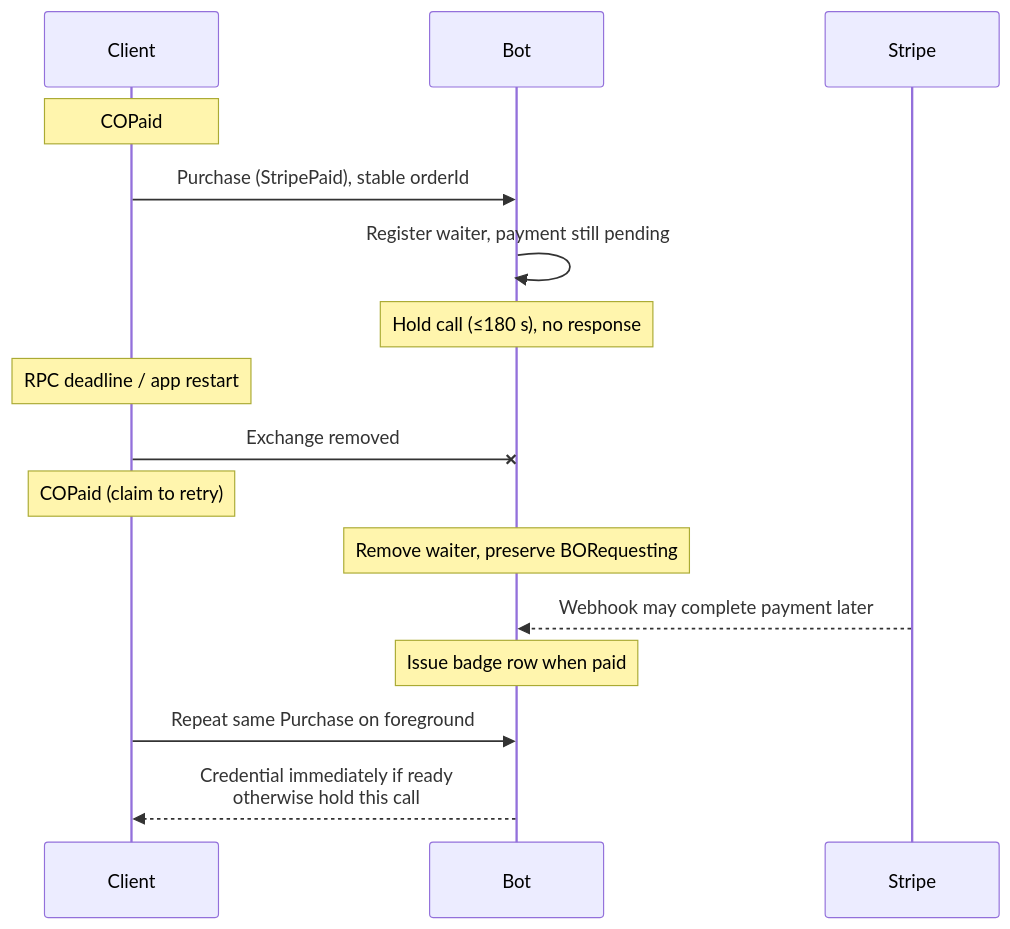
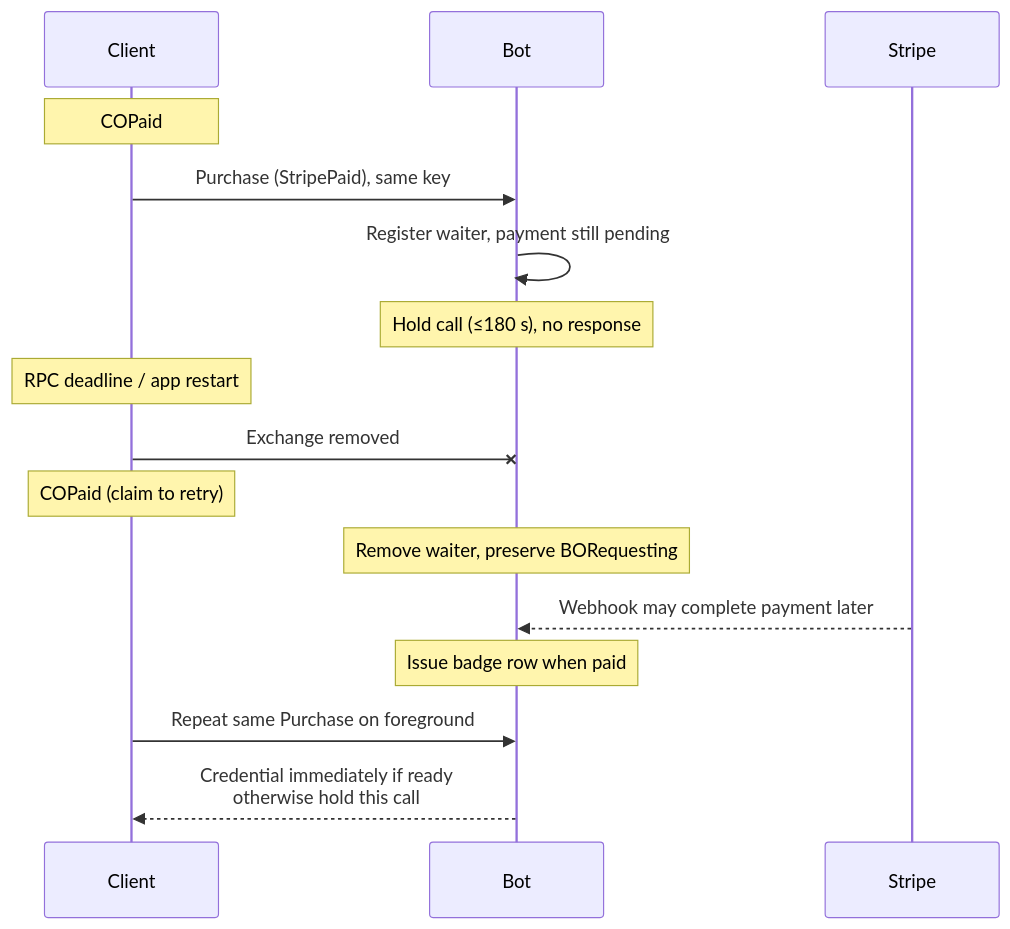
The eighth of 9 diagrams in plans/2026-07-20-supporter-badges-v2-implementation.md (simplex-chat/simplex-chat), drawn with Mermaid before and after one commit. The commit also changed other lines of this file and 2 other files, not shown here.

First line of the commit message:
docs: identify orders by order key, drop orderId

````diff
--- a/plans/2026-07-20-supporter-badges-v2-implementation.md
+++ b/plans/2026-07-20-supporter-badges-v2-implementation.md
@@ -362,18 +360,18 @@
 ```mermaid
 sequenceDiagram
   participant C as Client
   participant B as Bot
   participant S as Stripe
   Note over C: COPaid
-  C->>B: Purchase (StripePaid), stable orderId
+  C->>B: Purchase (StripePaid), same key
   B->>B: Register waiter, payment still pending
   Note over B: Hold call (≤180 s), no response
   Note over C: RPC deadline / app restart
   C-xB: Exchange removed
   Note over C: COPaid (claim to retry)
   Note over B: Remove waiter, preserve BORequesting
   S-->>B: Webhook may complete payment later
   Note over B: Issue badge row when paid
   C->>B: Repeat same Purchase on foreground
   B-->>C: Credential immediately if ready<br/>otherwise hold this call
 ```
````
